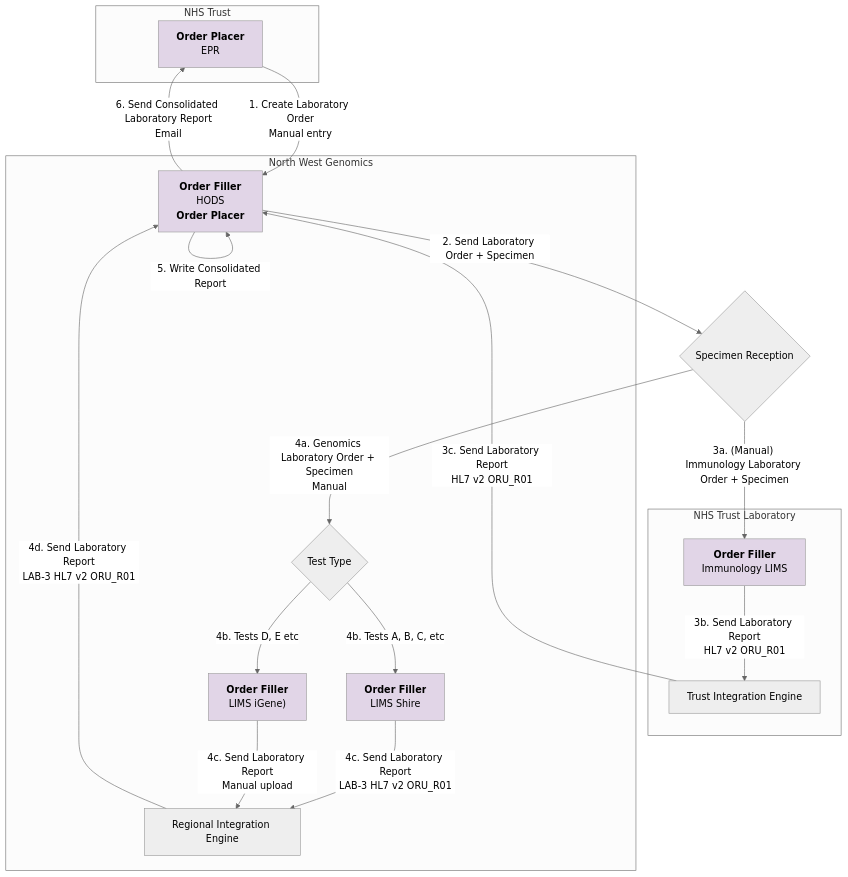
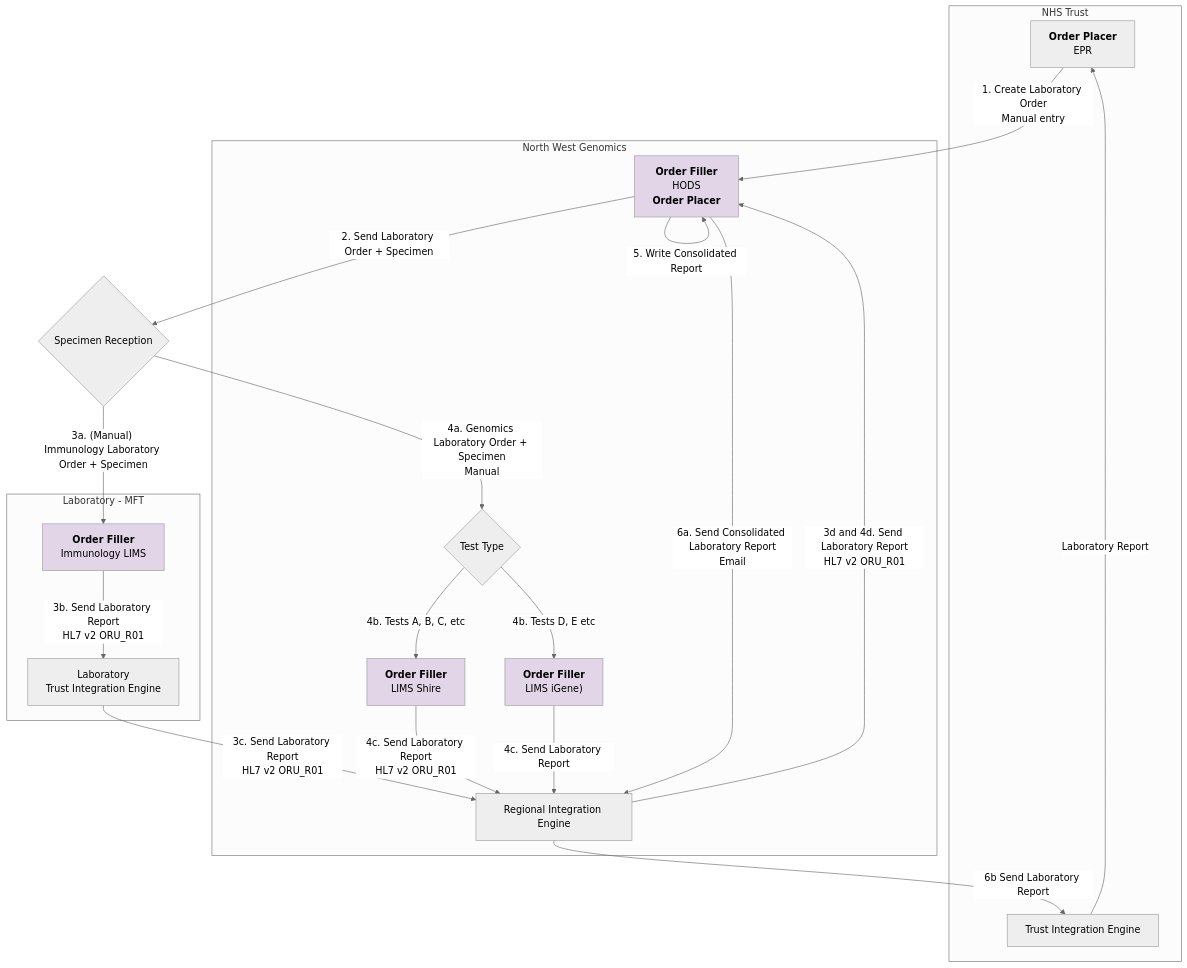
Before and after one commit to uk-gov-mirror/nw-gmsa.nw-gmsa.github.com: the fourth of 9 diagrams in input/pagecontent/introduction.md, drawn with Mermaid (neutral theme). The commit also changed other lines of this file, not shown here.

````diff
--- a/input/pagecontent/introduction.md
+++ b/input/pagecontent/introduction.md
@@ -124,35 +130,40 @@
 ```mermaid
 graph TD
 
     subgraph Trust[NHS Trust]
-        NHSTrust[<b>Order Placer</b><br/>EPR]
+        EPR[<b>Order Placer</b><br/>EPR]
+        TIE[Trust Integration Engine]
     end 
-    NHSTrust --> |"1. Create Laboratory Order<br/>Manual entry"| HODS
+    EPR --> |"1. Create Laboratory Order<br/>Manual entry"| HODS
     HODS --> |"2. Send Laboratory Order + Specimen<br/>"| MFTReception{Specimen Reception}
     MFTReception --> |"3a. (Manual) Immunology Laboratory Order + Specimen"| LIMS["<b>Order Filler</b><br/>Immunology LIMS"]
    
-    subgraph Laboratory[NHS Trust Laboratory]
+    subgraph Laboratory["Laboratory - MFT"]
     
-        LIMS --> |3b. Send Laboratory Report<br/>HL7 v2 ORU_R01| TIE[Trust Integration Engine]
+        LIMS --> |3b. Send Laboratory Report<br/>HL7 v2 ORU_R01| LIE[Laboratory<br/>Trust Integration Engine]
         
     end 
-    TIE --> |3c. Send Laboratory Report<br/>HL7 v2 ORU_R01| HODS
+    LIE --> |3c. Send Laboratory Report<br/>HL7 v2 ORU_R01| RIE
+    RIE --> |3d and 4d. Send Laboratory Report<br/>HL7 v2 ORU_R01| HODS
     MFTReception --> |"4a. Genomics Laboratory Order + Specimen<br/>Manual"| TestType
     subgraph NWGenomics[North West Genomics]
+        RIE["Regional Integration Engine"]
         HODS["<b>Order Filler</b><br/>HODS<br/><b>Order Placer</b>"]
         TestType{Test Type} --> |4b. Tests A, B, C, etc| GLHS
         TestType{Test Type} --> |4b. Tests D, E etc| GLHI
         GLHS["<b>Order Filler</b><br/>LIMS Shire"]
-        GLHS --> |4c. Send Laboratory Report<br/>LAB-3 HL7 v2 ORU_R01| RIE 
+        GLHS --> |4c. Send Laboratory Report<br/>HL7 v2 ORU_R01| RIE 
         GLHI["<b>Order Filler</b><br/>LIMS iGene)"]
-        GLHI --> |4c. Send Laboratory Report<br/>Manual upload| RIE 
+        GLHI --> |4c. Send Laboratory Report<br/>| RIE 
         
     end
-    RIE["Regional Integration Engine"] --> |4d. Send Laboratory Report<br/>LAB-3 HL7 v2 ORU_R01| HODS
     HODS --> |5. Write Consolidated Report| HODS
-    HODS --> |"6. Send Consolidated Laboratory Report<br/>Email"| NHSTrust
+    HODS --> |"6a. Send Consolidated Laboratory Report<br/>Email"| RIE
+
+    RIE --> |6b Send Laboratory Report| TIE
+    TIE --> |Laboratory Report| EPR 
 
     classDef purple fill:#E1D5E7;
 
     class NHSTrust,HODS,GLHS,GLHI,LIMS purple
 ```
````
